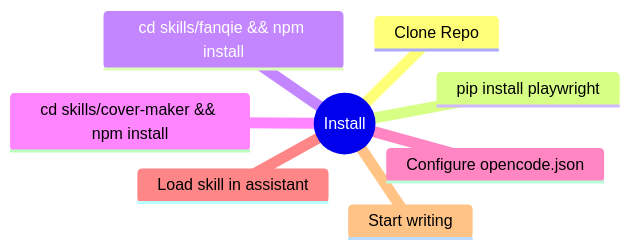
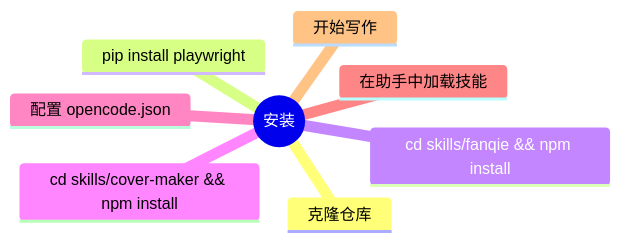
The fifth of 5 diagrams in README.md (ricky-theseus/DaisyWriter), drawn with Mermaid before and after one commit. The commit also changed other lines of this file and 10 other files, not shown here.

````diff
--- a/README.md
+++ b/README.md
@@ -272,11 +286,11 @@
 ```mermaid
 mindmap
-  ((Install))
-    Clone Repo
+  ((安装))
+    克隆仓库
     pip install playwright
     cd skills/fanqie && npm install
     cd skills/cover-maker && npm install
-    Configure opencode.json
-    Load skill in assistant
-    Start writing
+    配置 opencode.json
+    在助手中加载技能
+    开始写作
 ```
````
